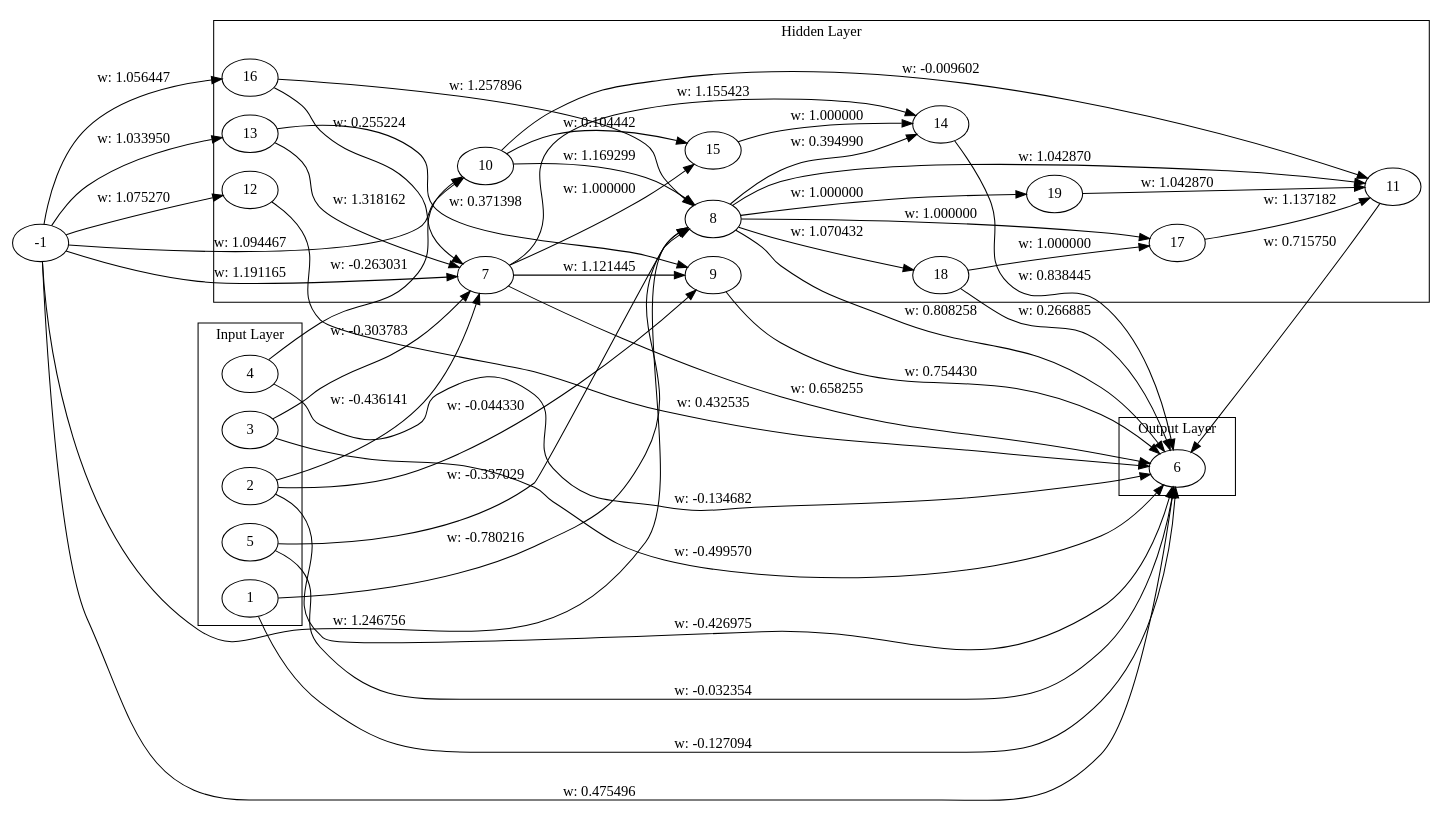
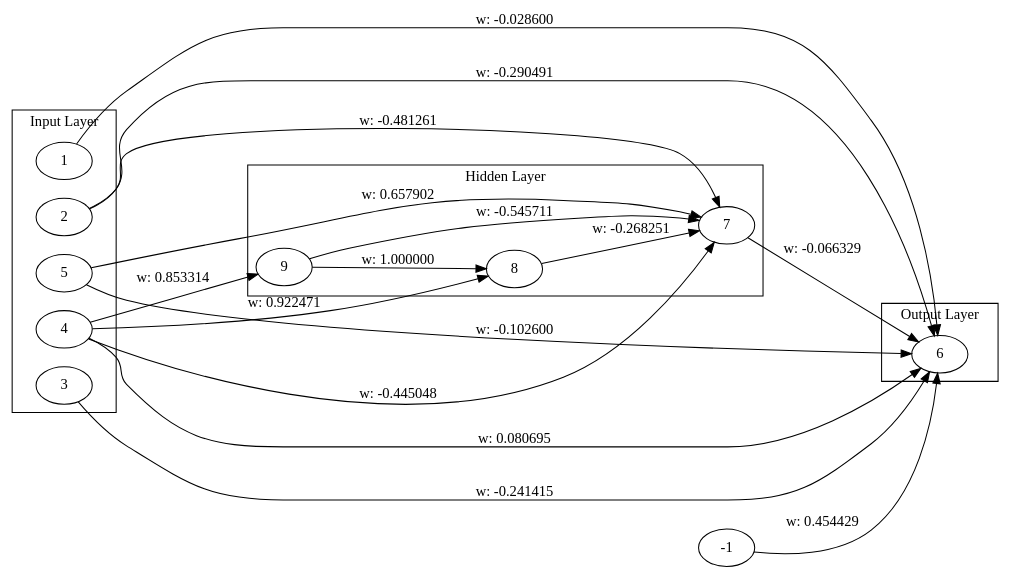
Before and after one commit to malikAkurtz/TradingSystem: the diagram in genome_graph.dot, drawn with Graphviz. The commit also changed 9 other files, not shown here.

```diff
--- a/genome_graph.dot
+++ b/genome_graph.dot
@@ -1,75 +1,36 @@
 digraph Genome {
   rankdir=LR;
   subgraph cluster_0 {
     label="Input Layer";
     1;
     2;
     3;
     4;
     5;
   }
   subgraph cluster_1 {
     label="Hidden Layer";
     7;
     8;
     9;
-    10;
-    11;
-    12;
-    13;
-    14;
-    15;
-    16;
-    17;
-    18;
-    19;
   }
   subgraph cluster_2 {
     label="Output Layer";
     6;
   }
-  1 -> 6 [label="w: -0.127094"];
-  2 -> 6 [label="w: -0.426975"];
-  3 -> 6 [label="w: -0.499570"];
-  4 -> 6 [label="w: -0.134682"];
-  5 -> 6 [label="w: -0.032354"];
-  -1 -> 6 [label="w: 0.475496"];
-  -1 -> 7 [label="w: 1.191165"];
-  7 -> 6 [label="w: 0.658255"];
-  -1 -> 8 [label="w: 1.246756"];
-  8 -> 6 [label="w: 0.808258"];
-  7 -> 9 [label="w: 1.121445"];
-  9 -> 6 [label="w: 0.754430"];
-  2 -> 7 [label="w: -0.436141"];
-  -1 -> 10 [label="w: 1.094467"];
-  10 -> 8 [label="w: 1.169299"];
-  3 -> 7 [label="w: -0.303783"];
-  2 -> 9 [label="w: -0.044330"];
-  8 -> 11 [label="w: 1.042870"];
-  11 -> 6 [label="w: 0.715750"];
-  1 -> 8 [label="w: -0.780216"];
-  -1 -> 12 [label="w: 1.075270"];
-  12 -> 6 [label="w: 0.432535"];
-  4 -> 10 [label="w: -0.263031"];
-  -1 -> 13 [label="w: 1.033950"];
-  13 -> 7 [label="w: 1.318162"];
-  13 -> 9 [label="w: 0.371398"];
-  7 -> 14 [label="w: 1.155423"];
-  14 -> 6 [label="w: 0.838445"];
-  5 -> 8 [label="w: -0.337029"];
-  10 -> 11 [label="w: -0.009602"];
-  7 -> 15 [label="w: 1.000000"];
-  15 -> 14 [label="w: 1.000000"];
-  10 -> 15 [label="w: 0.104442"];
-  -1 -> 16 [label="w: 1.056447"];
-  16 -> 8 [label="w: 1.257896"];
-  8 -> 17 [label="w: 1.000000"];
-  17 -> 11 [label="w: 1.137182"];
-  8 -> 18 [label="w: 1.070432"];
-  18 -> 17 [label="w: 1.000000"];
-  16 -> 7 [label="w: 0.255224"];
-  18 -> 6 [label="w: 0.266885"];
-  8 -> 19 [label="w: 1.000000"];
-  19 -> 11 [label="w: 1.042870"];
-  8 -> 14 [label="w: 0.394990"];
+  1 -> 6 [label="w: -0.028600"];
+  2 -> 6 [label="w: -0.290491"];
+  3 -> 6 [label="w: -0.241415"];
+  4 -> 6 [label="w: 0.080695"];
+  5 -> 6 [label="w: -0.102600"];
+  -1 -> 6 [label="w: 0.454429"];
+  4 -> 7 [label="w: -0.445048"];
+  7 -> 6 [label="w: -0.066329"];
+  5 -> 7 [label="w: 0.657902"];
+  2 -> 7 [label="w: -0.481261"];
+  4 -> 8 [label="w: 0.922471"];
+  8 -> 7 [label="w: -0.268251"];
+  4 -> 9 [label="w: 0.853314"];
+  9 -> 8 [label="w: 1.000000"];
+  9 -> 7 [label="w: -0.545711"];
 }
```
